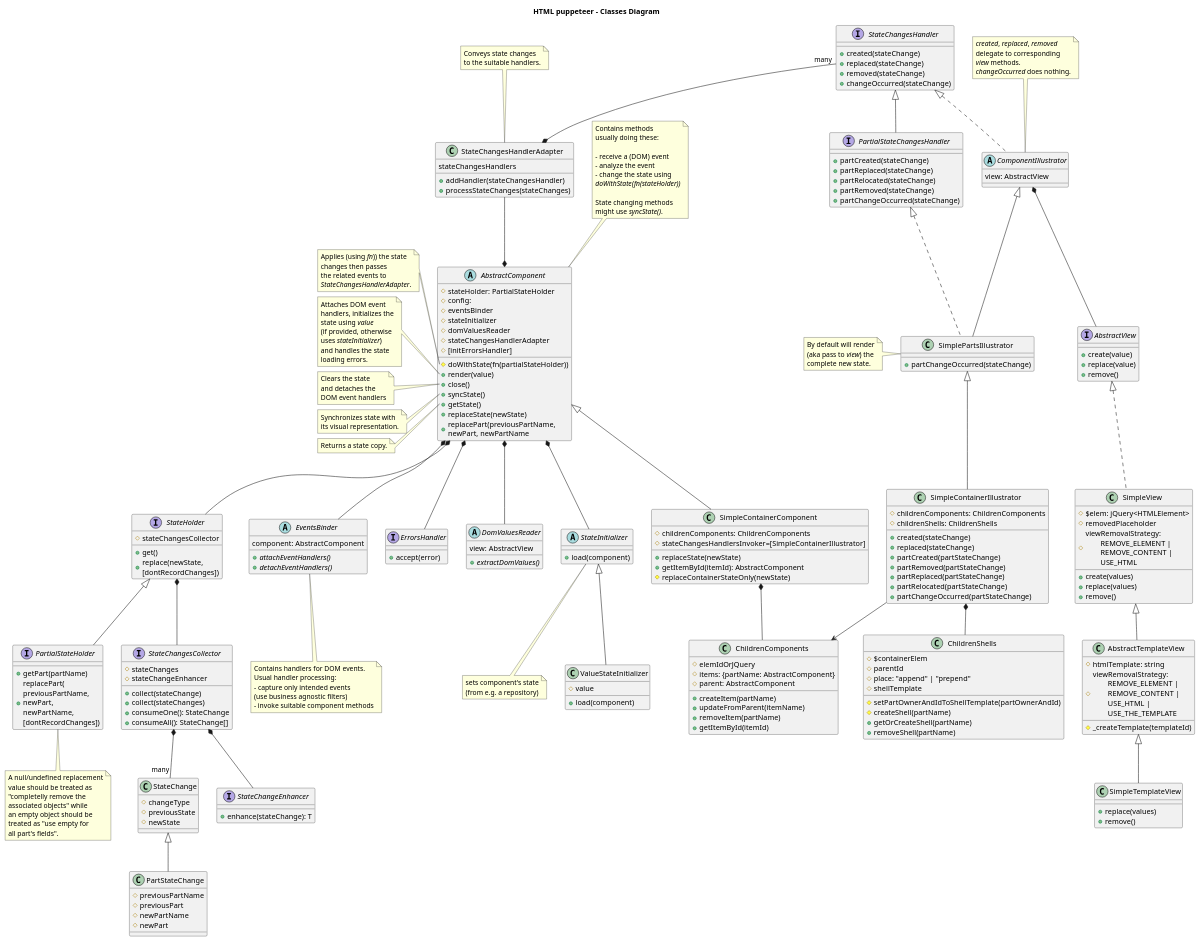
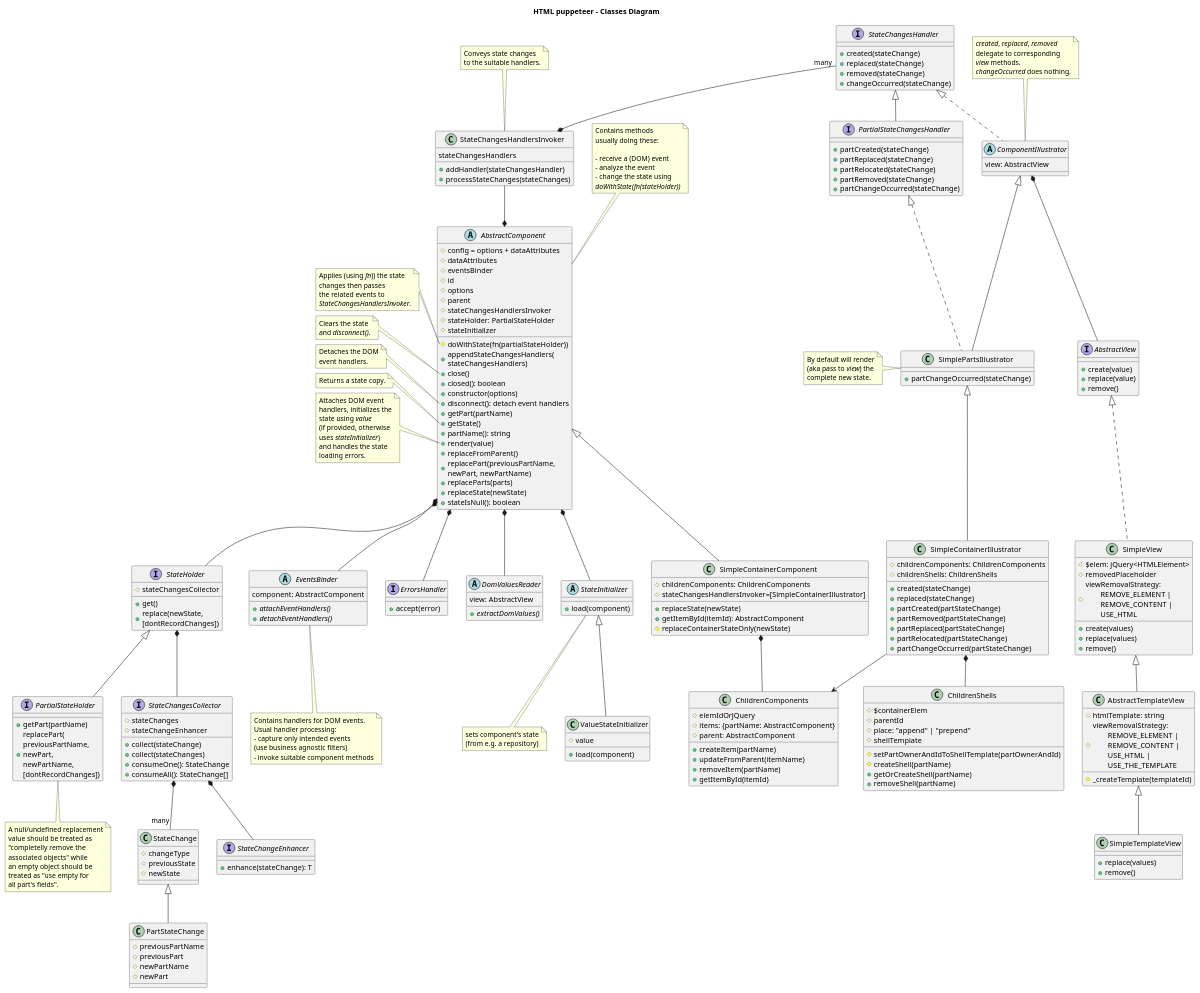
One commit to adrhc/html-puppeteer changed the diagram in design/classes-diagram.puml. Above: the diagram before and after it, drawn with PlantUML.

Commit message:
classes-diagram.puml: AbstractComponent update

```diff
--- a/design/classes-diagram.puml
+++ b/design/classes-diagram.puml
@@ -3,20 +3,30 @@
 title HTML puppeteer - Classes Diagram
 
 abstract AbstractComponent {
+  #config = options + dataAttributes
+  #dataAttributes
+  #eventsBinder
+  #id
+  #options
+  #parent
+  #stateChangesHandlersInvoker
   #stateHolder: PartialStateHolder
-  #config:
-  #eventsBinder
   #stateInitializer
-  #domValuesReader
-  #stateChangesHandlerAdapter
-  #[initErrorsHandler]
   #doWithState(fn(partialStateHolder))
+  +appendStateChangesHandlers(\nstateChangesHandlers)
+  +close()
+  +closed(): boolean
+  +constructor(options)
+  +disconnect(): detach event handlers
+  +getPart(partName)
+  +getState()
+  +partName(): string
   +render(value)
-  +close()
-  +syncState()
-  +getState()
+  +replaceFromParent()
+  +replacePart(previousPartName, \nnewPart, newPartName)
+  +replaceParts(parts)
   +replaceState(newState)
-  +replacePart(previousPartName, \nnewPart, newPartName
+  +stateIsNull(): boolean
 }
 
 note top of AbstractComponent
@@ -27,10 +37,11 @@
   - analyze the event
   - change the state using
   <i>doWithState(fn(stateHolder))</i>
+end note
 
-  State changing methods
+/'  State changing methods
   might use <i>syncState()</i>.
-end note
+end note'/
 
 /'note left of AbstractComponent::constructor
 <i>config</i> parameter is used
@@ -59,7 +70,26 @@
 Applies (using <i>fn</i>)) the state
 changes then passes
 the related events to
-<i>StateChangesHandlerAdapter</i>.
+<i>StateChangesHandlersInvoker</i>.
+end note
+
+note left of AbstractComponent::"close()"
+Clears the state
+and <i>disconnect()</i>.
+end note
+
+note left of AbstractComponent::"disconnect()"
+Detaches the DOM
+event handlers.
+end note
+
+/'note left of AbstractComponent::syncState
+Synchronizes state with
+its visual representation.
+end note'/
+
+note left of AbstractComponent::getState
+Returns a state copy.
 end note
 
 note left of AbstractComponent::"render(value)"
@@ -70,21 +100,6 @@
 uses <i>stateInitializer</i>)
 and handles the state
 loading errors.
-end note
-
-note left of AbstractComponent::"close()"
-Clears the state
-and detaches the
-DOM event handlers
-end note
-
-note left of AbstractComponent::syncState
-Synchronizes state with
-its visual representation.
-end note
-
-note left of AbstractComponent::getState
-Returns a state copy.
 end note
 
 /'abstract AbstractContainerComponent extends AbstractComponent {
@@ -274,13 +289,13 @@
 +remove()
 }
 
-class StateChangesHandlerAdapter {
+class StateChangesHandlersInvoker {
 stateChangesHandlers
 +addHandler(stateChangesHandler)
 +processStateChanges(stateChanges)
 }
 
-/'note left of StateChangesHandlerAdapter::handlerMappingRules
+/'note left of StateChangesHandlersInvoker::handlerMappingRules
 Defaults to:
 - map state initialization
 (aka creation) to
@@ -294,8 +309,8 @@
 <i>partRemoved(stateChange)</i>
 end note'/
 
-' note left of StateChangesHandlerAdapter::processStateChanges
-note top of StateChangesHandlerAdapter
+' note left of StateChangesHandlersInvoker::processStateChanges
+note top of StateChangesHandlersInvoker
 Conveys state changes
 to the suitable handlers.
 end note
@@ -396,8 +411,8 @@
 AbstractComponent *-down- StateInitializer
 AbstractComponent *-down- DomValuesReader
 AbstractComponent *-down- ErrorsHandler
-AbstractComponent *-up- StateChangesHandlerAdapter
-StateChangesHandlerAdapter *-up- "many" StateChangesHandler
+AbstractComponent *-up- StateChangesHandlersInvoker
+StateChangesHandlersInvoker *-up- "many" StateChangesHandler
 ComponentIllustrator *-- AbstractView
 StateHolder *-- StateChangesCollector
 StateChangesCollector *-- "many" StateChange
```
